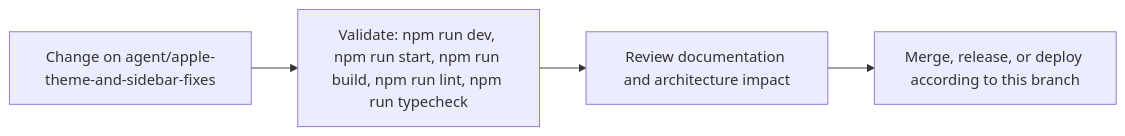
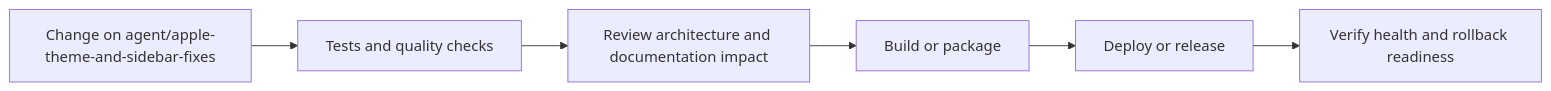
One commit to Nischhalsubba/BindForge-NW changed the fourth of 5 diagrams in README.md. Above: the diagram before and after it, drawn with Mermaid. The commit also changed other lines of this file, not shown here.

````diff
--- a/README.md
+++ b/README.md
@@ -73,8 +149,8 @@
 ```mermaid
 flowchart LR
-    CHANGE["Change on agent/apple-theme-and-sidebar-fixes"]
-    CHECK["Validate: npm run dev, npm run start, npm run build, npm run lint, npm run typecheck"]
-    REVIEW["Review documentation and architecture impact"]
-    RELEASE["Merge, release, or deploy according to this branch"]
-    CHANGE --> CHECK --> REVIEW --> RELEASE
+    CHANGE["Change on agent/apple-theme-and-sidebar-fixes"] --> CHECK["Tests and quality checks"]
+    CHECK --> REVIEW["Review architecture and documentation impact"]
+    REVIEW --> BUILD["Build or package"]
+    BUILD --> DEPLOY["Deploy or release"]
+    DEPLOY --> VERIFY["Verify health and rollback readiness"]
 ```
````
